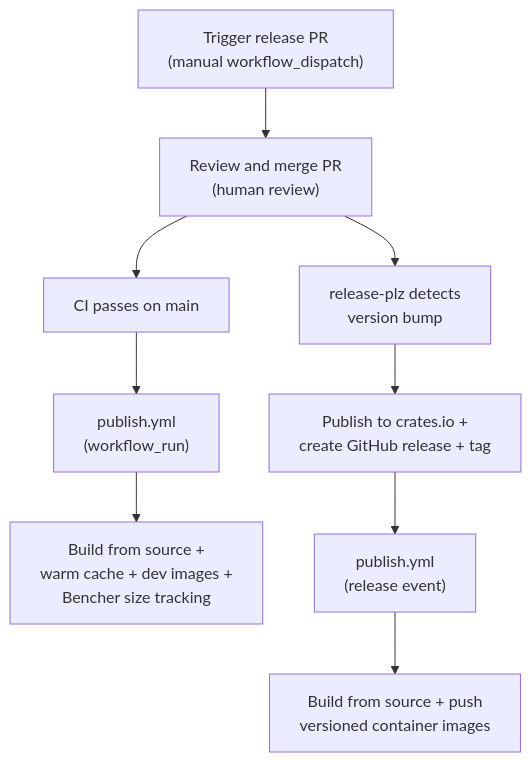
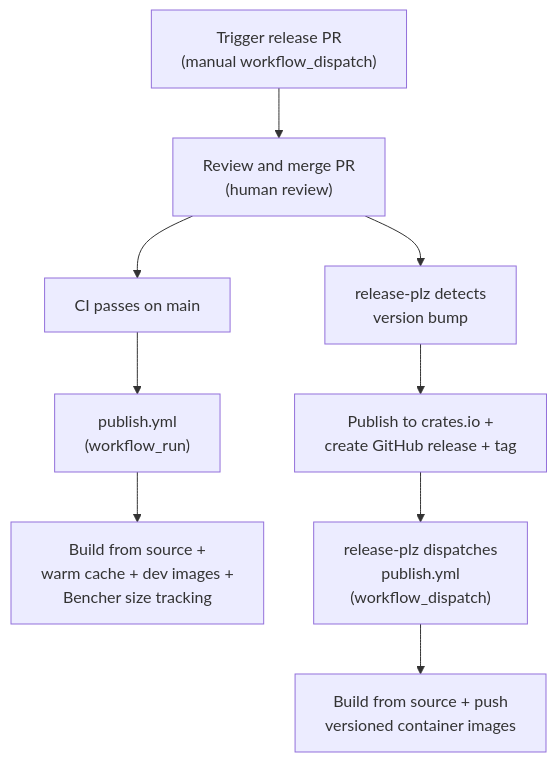
Before and after one commit to arcuru/eidetica: the diagram in docs/src/internal/ci.md, drawn with Mermaid. The commit also changed other lines of this file and 2 other files, not shown here.

First line of the commit message:
ci: dispatch publish.yml from release-plz after release creation

````diff
--- a/docs/src/internal/ci.md
+++ b/docs/src/internal/ci.md
@@ -216,20 +214,21 @@
 ```mermaid
 flowchart TD
     A["Trigger release PR
     (manual workflow_dispatch)"] --> B["Review and merge PR
     (human review)"]
     B --> C["CI passes on main"]
     B --> D["release-plz detects
     version bump"]
     C --> E["publish.yml
     (workflow_run)"]
     E --> F["Build from source +
     warm cache + dev images +
     Bencher size tracking"]
     D --> G["Publish to crates.io +
     create GitHub release + tag"]
-    G --> H["publish.yml
-    (release event)"]
+    G --> H["release-plz dispatches
+    publish.yml
+    (workflow_dispatch)"]
     H --> I["Build from source + push
     versioned container images"]
 ```
````
